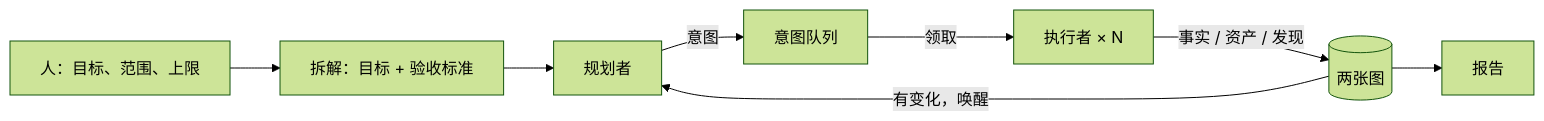
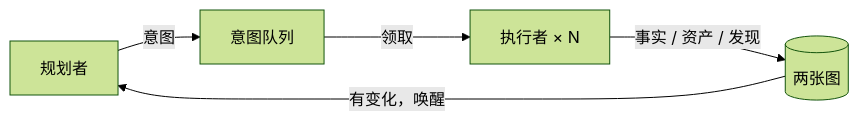
The diagram in README.md (Maplisky/qisha), drawn with Mermaid (forest theme) before and after one commit. The commit also changed other lines of this file, not shown here.

Commit message:
docs(readme): 工作循环示意图改为只画核心闭环
带「人」和「报告」两个节点的横向流程图宽约 1236 像素，在 GitHub 正文栏里会被缩小；
只画规划者 → 意图队列 → 执行者 → 两张图 → 回到规划者的闭环后是 857 像素，按原尺寸显示
（尺寸用 mermaid 11 实际渲染测得，语法解析通过）。两端的输入与产出改在图下一句话里交代。

````diff
--- a/README.md
+++ b/README.md
@@ -238,10 +238,7 @@
 ```mermaid
 flowchart LR
-  H["人：目标、范围、上限"] --> G["拆解：目标 + 验收标准"]
-  G --> P["规划者"]
-  P -->|"意图"| Q["意图队列"]
+  P["规划者"] -->|"意图"| Q["意图队列"]
   Q -->|"领取"| W["执行者 × N"]
   W -->|"事实 / 资产 / 发现"| A[("两张图")]
   A -->|"有变化，唤醒"| P
-  A --> R["报告"]
 ```
````
